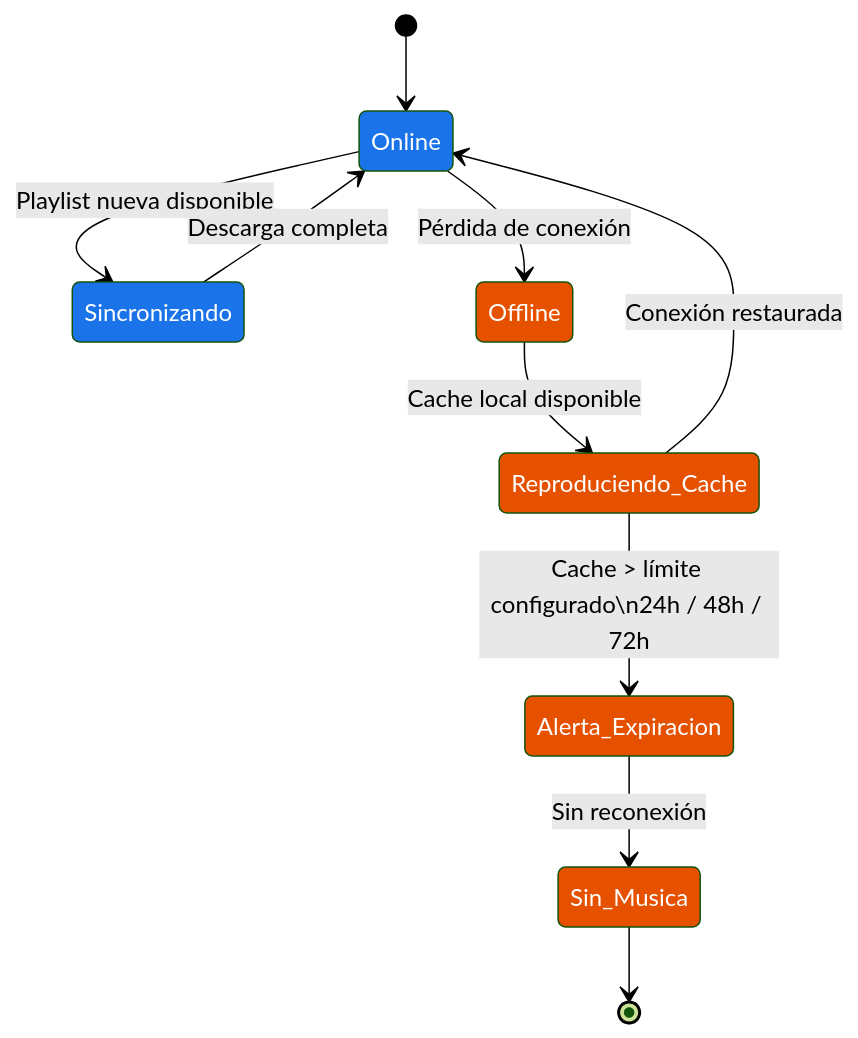
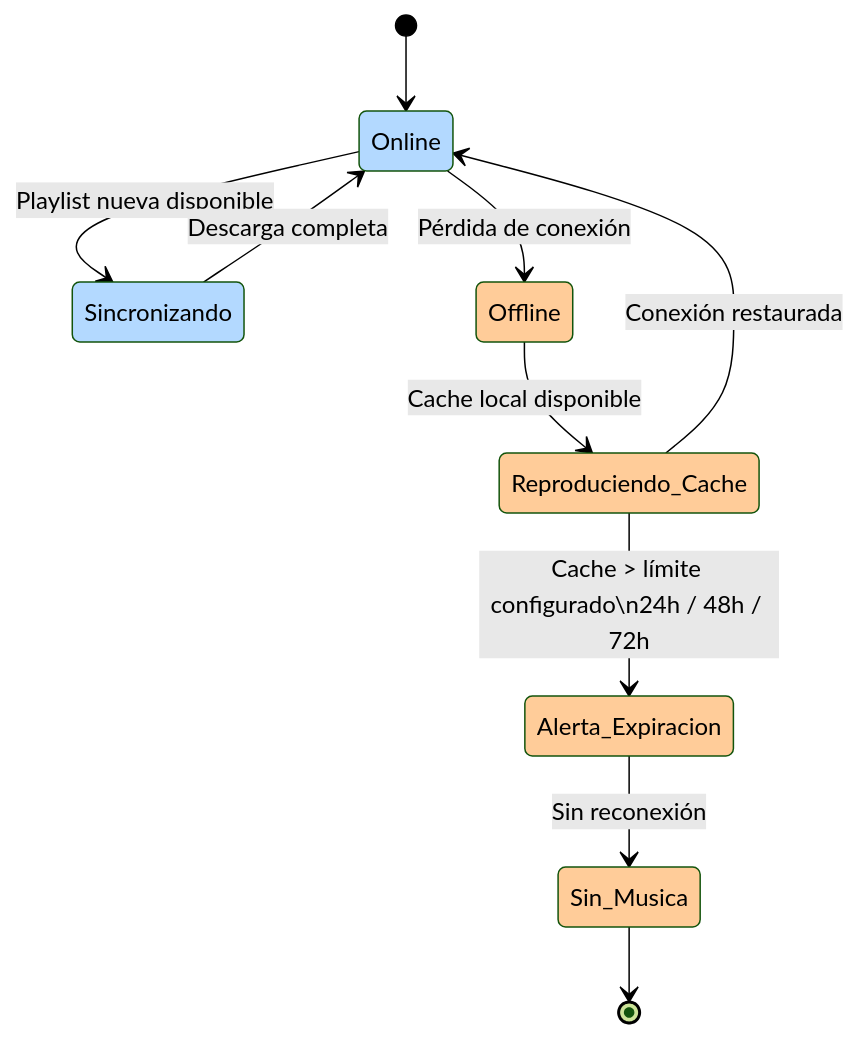
One commit to htm4rck/Mockups changed the fourth of 9 diagrams in app/MVPMusic/README.md. Above: the diagram before and after it, drawn with Mermaid (forest theme). The commit also changed other lines of this file, not shown here.

Commit message:
precios y manipulacion de mp3 v 005

````diff
--- a/app/MVPMusic/README.md
+++ b/app/MVPMusic/README.md
@@ -146,18 +146,18 @@
 ```mermaid
 stateDiagram-v2
     [*] --> Online
     Online --> Sincronizando: Playlist nueva disponible
     Sincronizando --> Online: Descarga completa
     Online --> Offline: Pérdida de conexión
     Offline --> Reproduciendo_Cache: Cache local disponible
     Reproduciendo_Cache --> Online: Conexión restaurada
     Reproduciendo_Cache --> Alerta_Expiracion: Cache > límite configurado\n24h / 48h / 72h
     Alerta_Expiracion --> Sin_Musica: Sin reconexión
     Sin_Musica --> [*]
 
-    classDef cifrado fill:#1a73e8,color:#fff
-    classDef offline fill:#e65100,color:#fff
+    classDef cifrado fill:#b3d9ff,color:#000
+    classDef offline fill:#ffcc99,color:#000
 
     class Online,Sincronizando cifrado
     class Offline,Reproduciendo_Cache,Alerta_Expiracion,Sin_Musica offline
 ```
````
